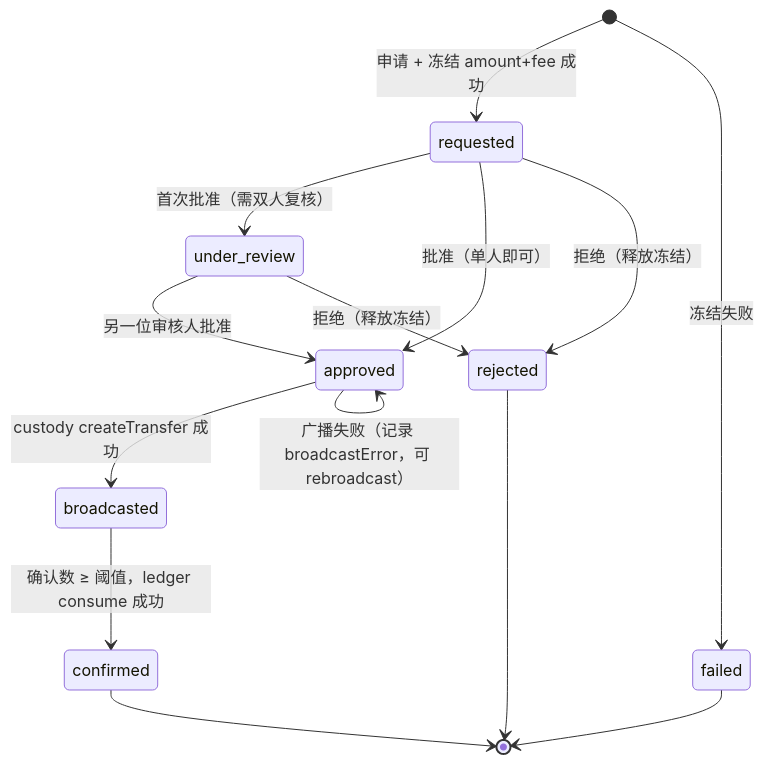
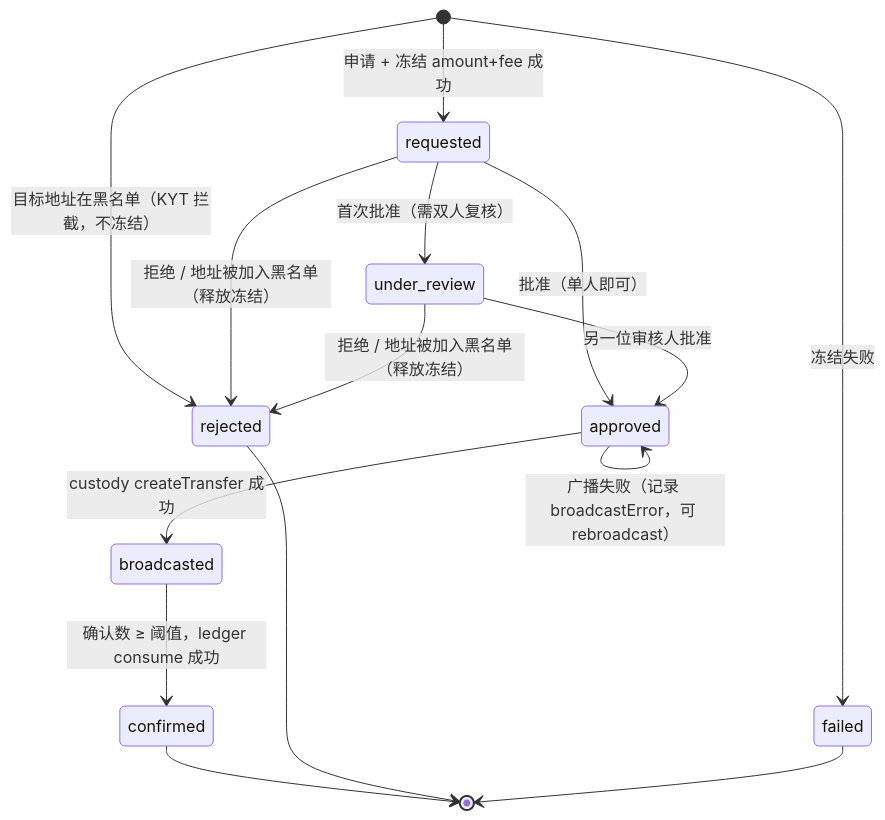
The fifth of 11 diagrams in docs/domain-model.md (ocean-8848/CEX-Demo), drawn with Mermaid before and after one commit. The commit also changed other lines of this file and 19 other files, not shown here.

````diff
--- a/docs/domain-model.md
+++ b/docs/domain-model.md
@@ -149,16 +155,17 @@
 ```mermaid
 stateDiagram-v2
   [*] --> requested: 申请 + 冻结 amount+fee 成功
   [*] --> failed: 冻结失败
+  [*] --> rejected: 目标地址在黑名单（KYT 拦截，不冻结）
   requested --> under_review: 首次批准（需双人复核）
   requested --> approved: 批准（单人即可）
   under_review --> approved: 另一位审核人批准
-  requested --> rejected: 拒绝（释放冻结）
-  under_review --> rejected: 拒绝（释放冻结）
+  requested --> rejected: 拒绝 / 地址被加入黑名单（释放冻结）
+  under_review --> rejected: 拒绝 / 地址被加入黑名单（释放冻结）
   approved --> broadcasted: custody createTransfer 成功
   approved --> approved: 广播失败（记录 broadcastError，可 rebroadcast）
   broadcasted --> confirmed: 确认数 ≥ 阈值，ledger consume 成功
   confirmed --> [*]
   rejected --> [*]
   failed --> [*]
 ```
````
